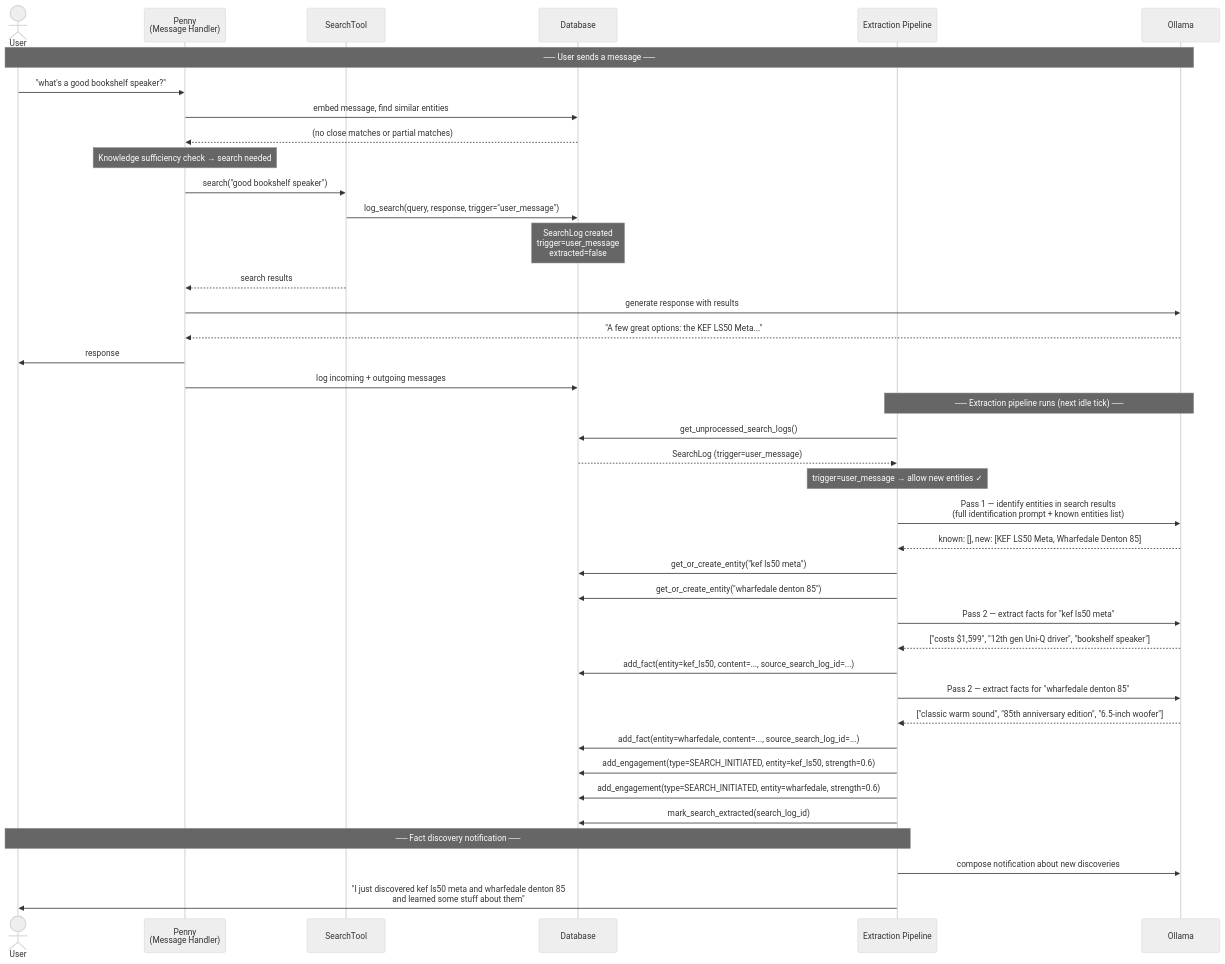
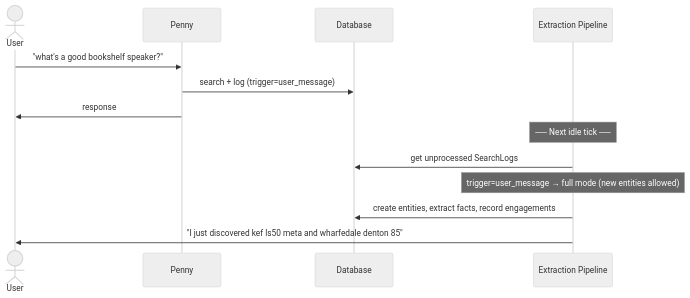
The first of 8 diagrams in docs/knowledge-system-flows.md (jaredlockhart/penny), drawn with Mermaid (neutral theme) before and after one commit. The commit also changed other lines of this file, not shown here.

Commit message:
docs: simplify sequence diagrams to core interactions

````diff
--- a/docs/knowledge-system-flows.md
+++ b/docs/knowledge-system-flows.md
@@ -7,52 +7,18 @@
 ```mermaid
 sequenceDiagram
     actor User
-    participant Penny as Penny<br/>(Message Handler)
-    participant Search as SearchTool
+    participant Penny
     participant DB as Database
     participant Extract as Extraction Pipeline
-    participant LLM as Ollama
-
-    Note over User,LLM: ── User sends a message ──
 
     User->>Penny: "what's a good bookshelf speaker?"
-    Penny->>DB: embed message, find similar entities
-    DB-->>Penny: (no close matches or partial matches)
-    Note over Penny: Knowledge sufficiency check → search needed
-    Penny->>Search: search("good bookshelf speaker")
-    Search->>DB: log_search(query, response, trigger="user_message")
-    Note over DB: SearchLog created<br/>trigger=user_message<br/>extracted=false
-    Search-->>Penny: search results
-    Penny->>LLM: generate response with results
-    LLM-->>Penny: "A few great options: the KEF LS50 Meta..."
+    Penny->>DB: search + log (trigger=user_message)
     Penny->>User: response
-    Penny->>DB: log incoming + outgoing messages
 
-    Note over Extract,LLM: ── Extraction pipeline runs (next idle tick) ──
+    Note over Extract: ── Next idle tick ──
 
-    Extract->>DB: get_unprocessed_search_logs()
-    DB-->>Extract: SearchLog (trigger=user_message)
-    Note over Extract: trigger=user_message → allow new entities ✓
-
-    Extract->>LLM: Pass 1 — identify entities in search results<br/>(full identification prompt + known entities list)
-    LLM-->>Extract: known: [], new: [KEF LS50 Meta, Wharfedale Denton 85]
-    Extract->>DB: get_or_create_entity("kef ls50 meta")
-    Extract->>DB: get_or_create_entity("wharfedale denton 85")
-
-    Extract->>LLM: Pass 2 — extract facts for "kef ls50 meta"
-    LLM-->>Extract: ["costs $1,599", "12th gen Uni-Q driver", "bookshelf speaker"]
-    Extract->>DB: add_fact(entity=kef_ls50, content=..., source_search_log_id=...)
-
-    Extract->>LLM: Pass 2 — extract facts for "wharfedale denton 85"
-    LLM-->>Extract: ["classic warm sound", "85th anniversary edition", "6.5-inch woofer"]
-    Extract->>DB: add_fact(entity=wharfedale, content=..., source_search_log_id=...)
-
-    Extract->>DB: add_engagement(type=SEARCH_INITIATED, entity=kef_ls50, strength=0.6)
-    Extract->>DB: add_engagement(type=SEARCH_INITIATED, entity=wharfedale, strength=0.6)
-    Extract->>DB: mark_search_extracted(search_log_id)
-
-    Note over Extract,User: ── Fact discovery notification ──
-
-    Extract->>LLM: compose notification about new discoveries
-    Extract->>User: "I just discovered kef ls50 meta and wharfedale denton 85<br/>and learned some stuff about them"
+    Extract->>DB: get unprocessed SearchLogs
+    Note over Extract: trigger=user_message → full mode (new entities allowed)
+    Extract->>DB: create entities, extract facts, record engagements
+    Extract->>User: "I just discovered kef ls50 meta and wharfedale denton 85"
 ```
````
